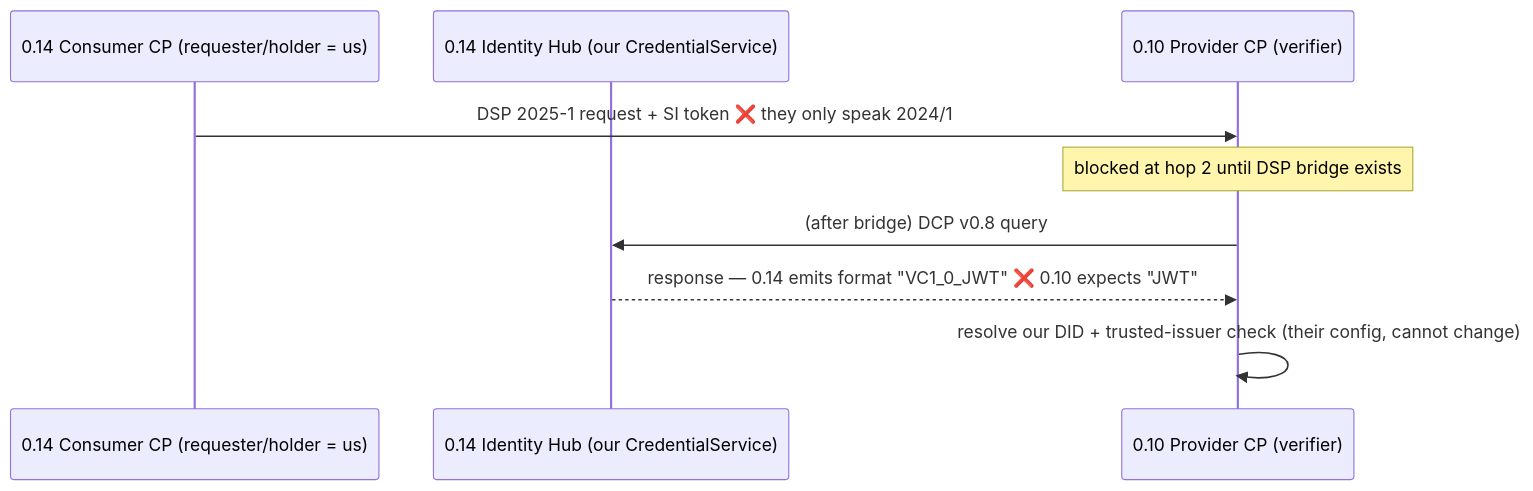
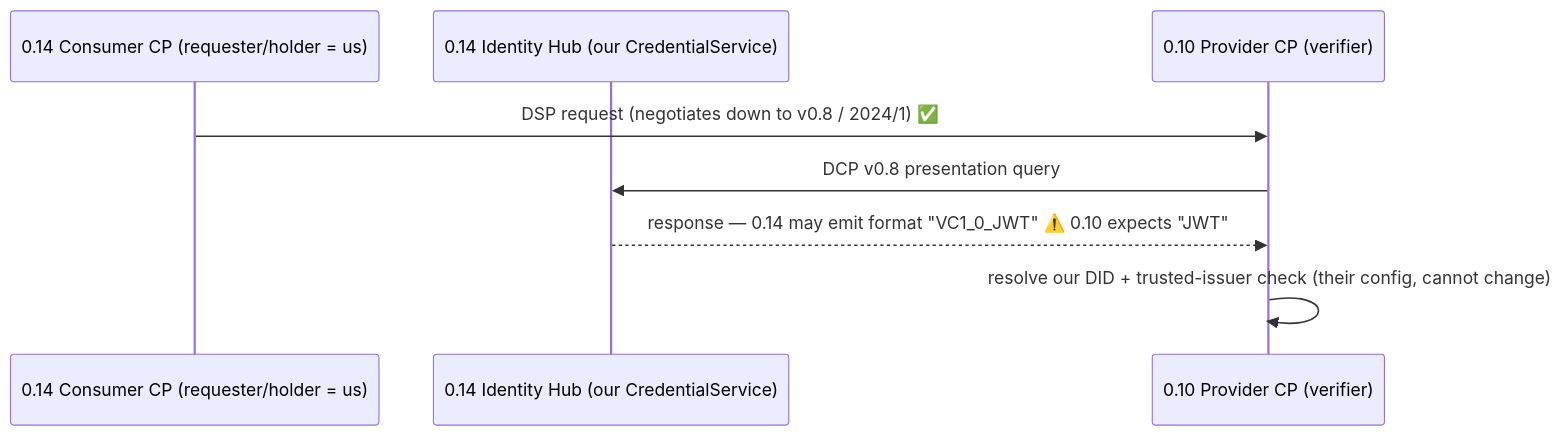
The third of 3 diagrams in docs/interop/edc-0.10-to-0.14-credential-validation.md (Eona-X/dataspace-ecosystem), drawn with Mermaid before and after one commit. The commit also changed other lines of this file, not shown here.

First line of the commit message:
docs: correct DSP-version finding — 0.14 ships v0.8+2024/1+2025-1

````diff
--- a/docs/interop/edc-0.10-to-0.14-credential-validation.md
+++ b/docs/interop/edc-0.10-to-0.14-credential-validation.md
@@ -116,12 +137,11 @@
 ```mermaid
 sequenceDiagram
     participant C14 as 0.14 Consumer CP (requester/holder = us)
     participant C14IH as 0.14 Identity Hub (our CredentialService)
     participant P10 as 0.10 Provider CP (verifier)
 
-    C14->>P10: DSP 2025-1 request + SI token   ❌ they only speak 2024/1
-    Note over P10: blocked at hop 2 until DSP bridge exists
-    P10->>C14IH: (after bridge) DCP v0.8 query
-    C14IH-->>P10: response — 0.14 emits format "VC1_0_JWT"  ❌ 0.10 expects "JWT"
+    C14->>P10: DSP request (negotiates down to v0.8 / 2024/1)   ✅
+    P10->>C14IH: DCP v0.8 presentation query
+    C14IH-->>P10: response — 0.14 may emit format "VC1_0_JWT"  ⚠️ 0.10 expects "JWT"
     P10->>P10: resolve our DID + trusted-issuer check (their config, cannot change)
 ```
````
